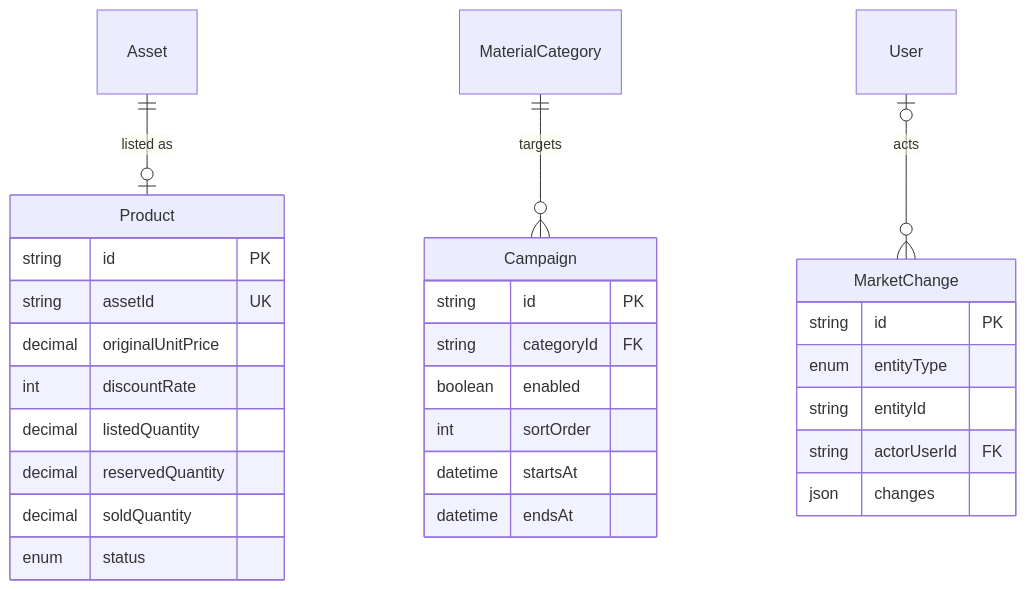
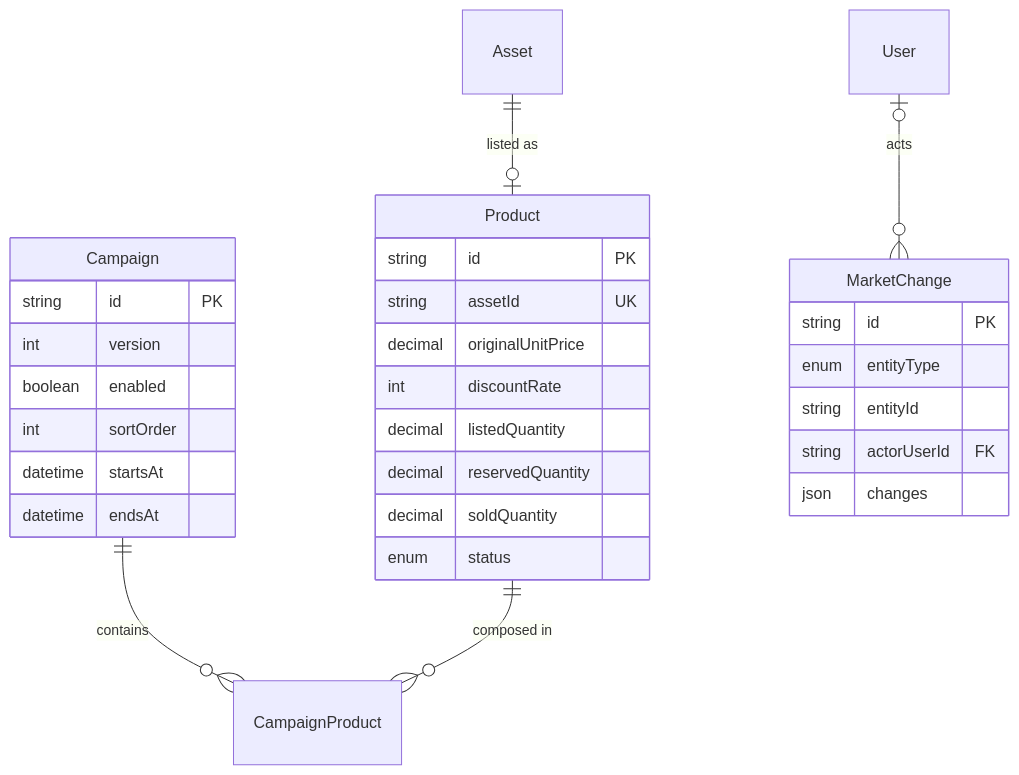
One commit to sungminmo/mrs2.0 changed the diagram in docs/MARKET_SCHEMA.md. Above: the diagram before and after it, drawn with Mermaid. The commit also changed other lines of this file and 21 other files, not shown here.

````diff
--- a/docs/MARKET_SCHEMA.md
+++ b/docs/MARKET_SCHEMA.md
@@ -36,34 +36,35 @@
 ```mermaid
 erDiagram
   Asset ||--o| Product : "listed as"
-  MaterialCategory ||--o{ Campaign : "targets"
+  Campaign ||--o{ CampaignProduct : "contains"
+  Product ||--o{ CampaignProduct : "composed in"
   User o|--o{ MarketChange : "acts"
 
   Product {
     string id PK
     string assetId UK
     decimal originalUnitPrice
     int discountRate
     decimal listedQuantity
     decimal reservedQuantity
     decimal soldQuantity
     enum status
   }
 
   Campaign {
     string id PK
-    string categoryId FK
+    int version
     boolean enabled
     int sortOrder
     datetime startsAt
     datetime endsAt
   }
 
   MarketChange {
     string id PK
     enum entityType
     string entityId
     string actorUserId FK
     json changes
   }
 ```
````
